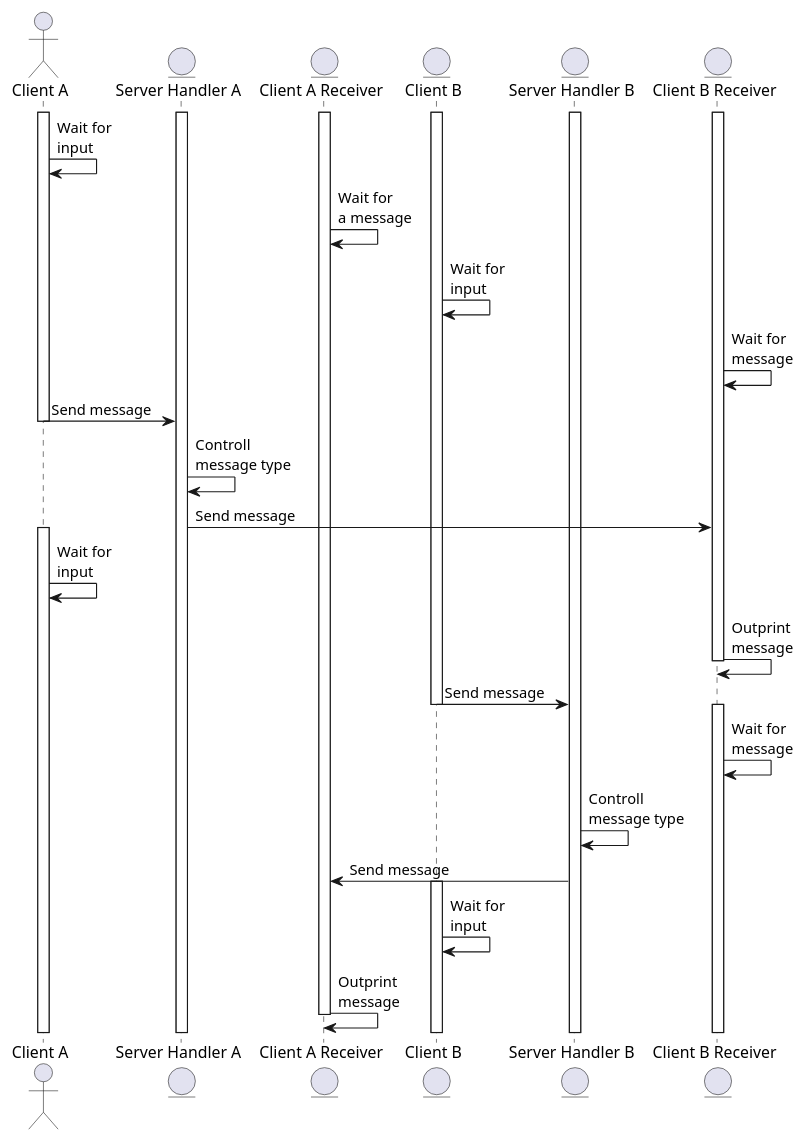
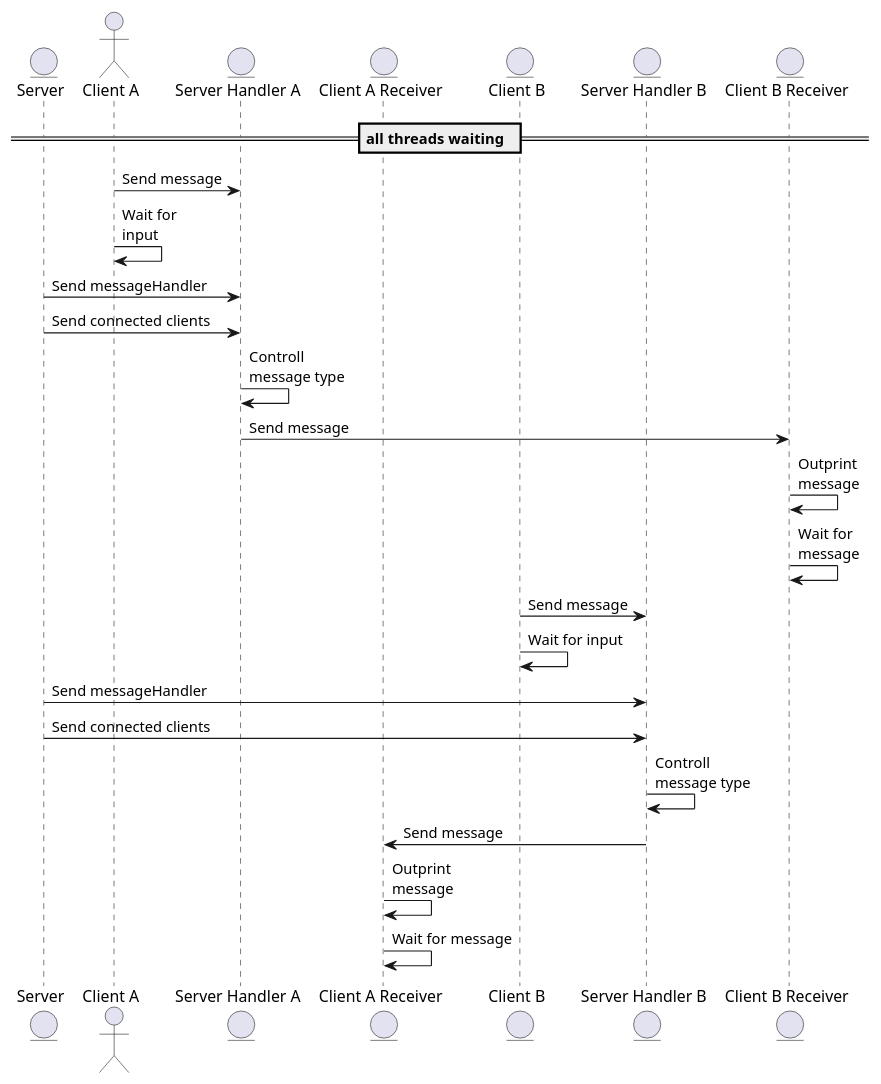
One commit to Dreamzn/Kniffel changed the diagram in src/main/java/net/atos/kniffel/Client_Server_Communication_Sequence_Diagramm.puml. Above: the diagram before and after it, drawn with PlantUML. The commit also changed 12 other files, not shown here.

```diff
--- a/src/main/java/net/atos/kniffel/Client_Server_Communication_Sequence_Diagramm.puml
+++ b/src/main/java/net/atos/kniffel/Client_Server_Communication_Sequence_Diagramm.puml
@@ -1,51 +1,40 @@
 @startuml
 
+
+entity Server
 actor "Client A" as CA
 entity "Server Handler A" as SVA
 entity "Client A Receiver" as CAR
 entity "Client B" as CB
 entity "Server Handler B" as SVB
 entity "Client B Receiver" as CBR
 
-activate CA
-activate SVA
-activate CAR
-activate CB
-activate SVB
-activate CBR
-
-CA -> CA : Wait for \ninput
-CAR -> CAR : Wait for \na message
-
-CB -> CB : Wait for \ninput
-CBR -> CBR : Wait for \nmessage
+ == all threads waiting  ==
 
 
 CA -> SVA : Send message
-deactivate CA
+CA -> CA : Wait for \ninput
+
+Server -> SVA : Send messageHandler
+Server -> SVA : Send connected clients
 
 SVA -> SVA : Controll  \nmessage type
 SVA -> CBR : Send message
 
-activate CA
-CA -> CA : Wait for \ninput
 
 CBR -> CBR : Outprint \nmessage
-deactivate CBR
+CBR -> CBR : Wait for \nmessage
 
 CB -> SVB : Send message
-deactivate CB
-activate CBR
-CBR -> CBR : Wait for \nmessage
+CB -> CB : Wait for input
+
+Server -> SVB : Send messageHandler
+Server -> SVB : Send connected clients
 
 SVB -> SVB : Controll \nmessage type
 SVB -> CAR : Send message
 
-activate CB
-CB -> CB : Wait for \ninput
-
 CAR -> CAR : Outprint \nmessage
-deactivate CAR
-
+CAR -> CAR : Wait for message
 
 @enduml
```
